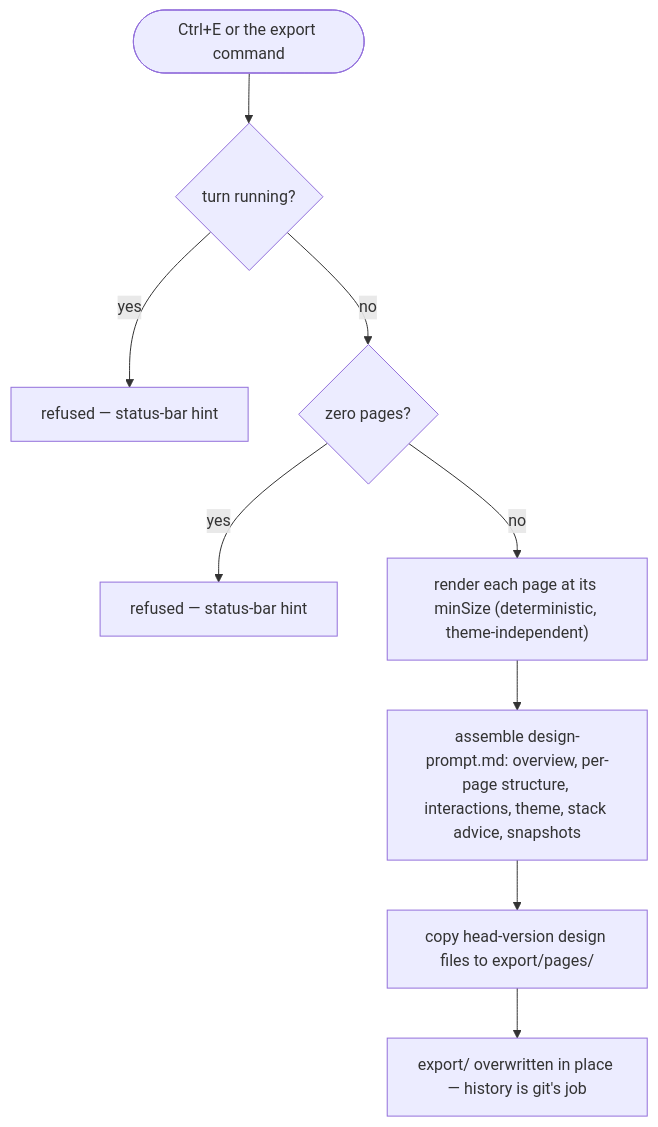
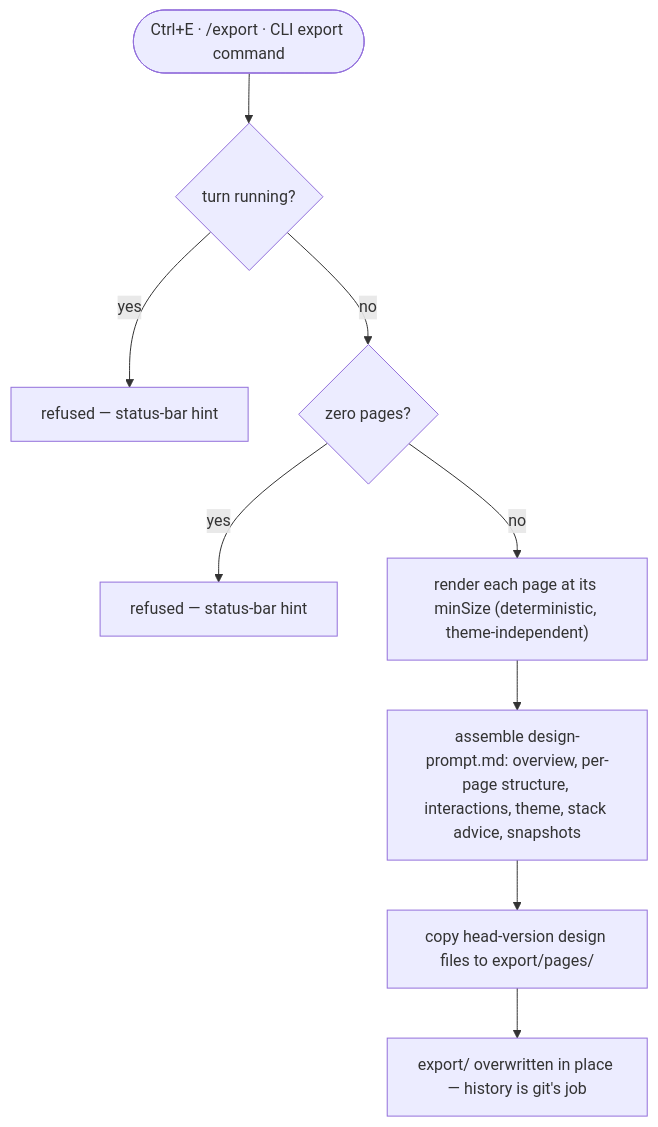
The diagram in docs/architecture/flows/export.md (khmilevoi/termcraft), drawn with Mermaid before and after one commit. The commit also changed other lines of this file, not shown here.

First line of the commit message:
docs(architecture): export flow gains the /export entry point

````diff
--- a/docs/architecture/flows/export.md
+++ b/docs/architecture/flows/export.md
@@ -3,11 +3,11 @@
 ```mermaid
 flowchart TD
-    trigger(["Ctrl+E or the export command"]) --> busy{"turn running?"}
+    trigger(["Ctrl+E · /export · CLI export command"]) --> busy{"turn running?"}
     busy -- "yes" --> hint1["refused — status-bar hint"]
     busy -- "no" --> empty{"zero pages?"}
     empty -- "yes" --> hint2["refused — status-bar hint"]
     empty -- "no" --> snap["render each page at its minSize (deterministic, theme-independent)"]
     snap --> prompt["assemble design-prompt.md: overview, per-page structure, interactions, theme, stack advice, snapshots"]
     prompt --> copy["copy head-version design files to export/pages/"]
     copy --> done["export/ overwritten in place — history is git's job"]
 ```
````
